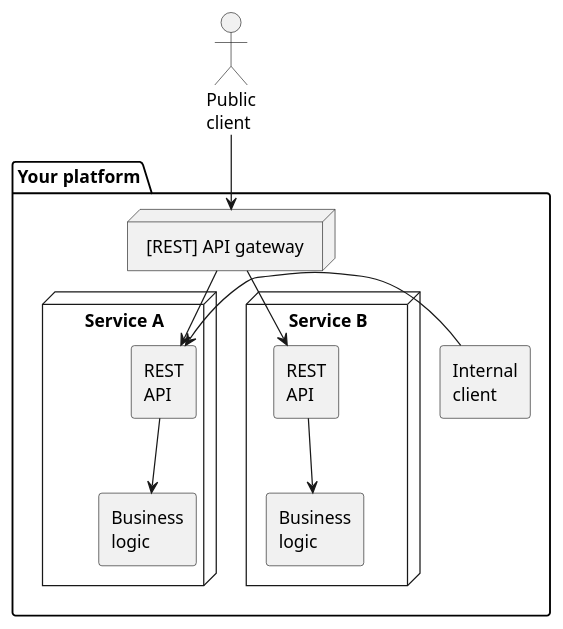
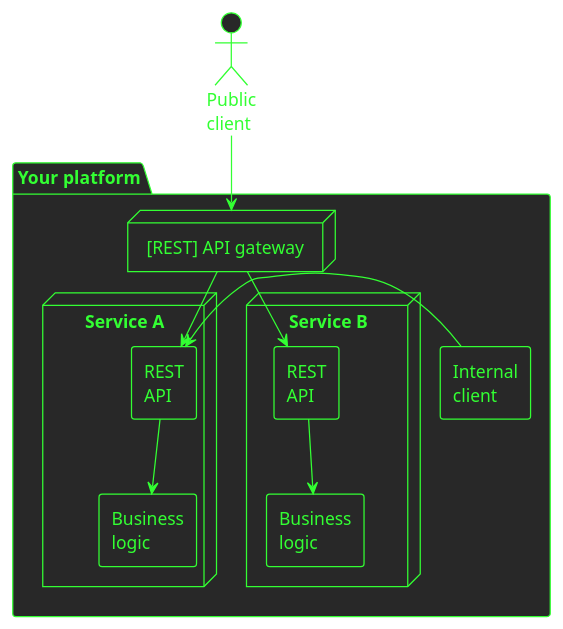
One commit to andykuszyk/andykuszyk.github.io changed the first of 3 diagrams in 2026-02-13-mcp-is-the-new-rest.org. Above: the diagram before and after it, drawn with PlantUML. The commit also changed other lines of this file and 3 other files, not shown here.

```diff
--- a/2026-02-13-mcp-is-the-new-rest.org
+++ b/2026-02-13-mcp-is-the-new-rest.org
@@ -74,26 +74,28 @@
 #+begin_src plantuml :file 2026-02-13-mcp-is-the-new-rest.org-rest-vision.png
+!theme crt-green
+skinparam backgroundColor transparent
 actor "Public\nclient" as client
 
 package "Your platform" as plat {
   node "[REST] API gateway" as restgw
 
   node "Service A" as a {
     rectangle "REST\nAPI" as a_rest
     rectangle "Business\nlogic" as a_biz
     a_rest --> a_biz
   }
 
   node "Service B" as b {
     rectangle "REST\nAPI" as b_rest
     rectangle "Business\nlogic" as b_biz
     b_rest --> b_biz
   }
 
   rectangle "Internal\nclient" as int
 }
 
 client --> restgw
 restgw --> a_rest
 restgw --> b_rest
 int -> a_rest
 #+end_src
```
